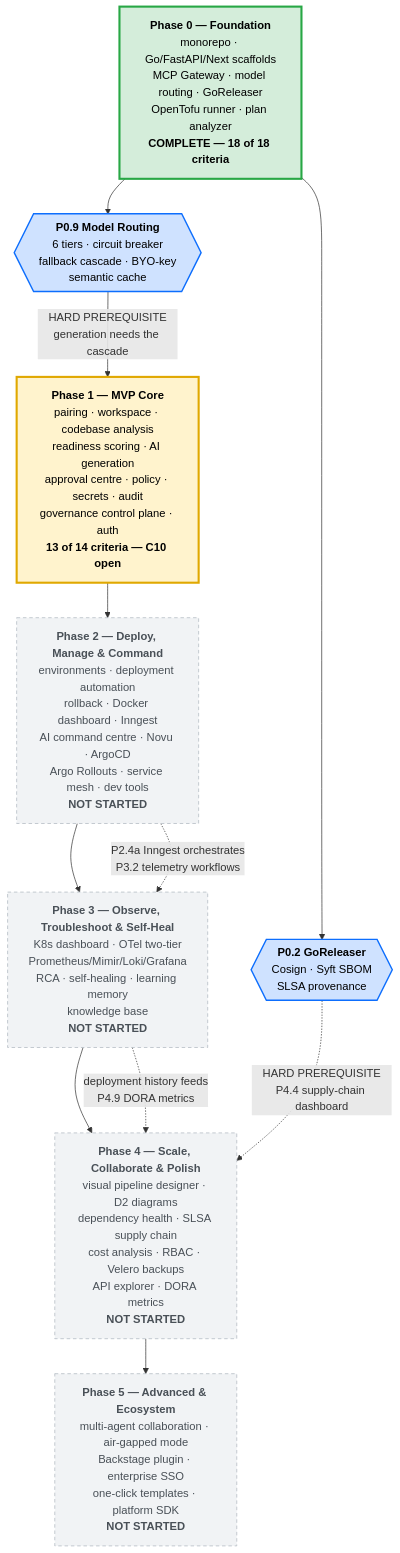
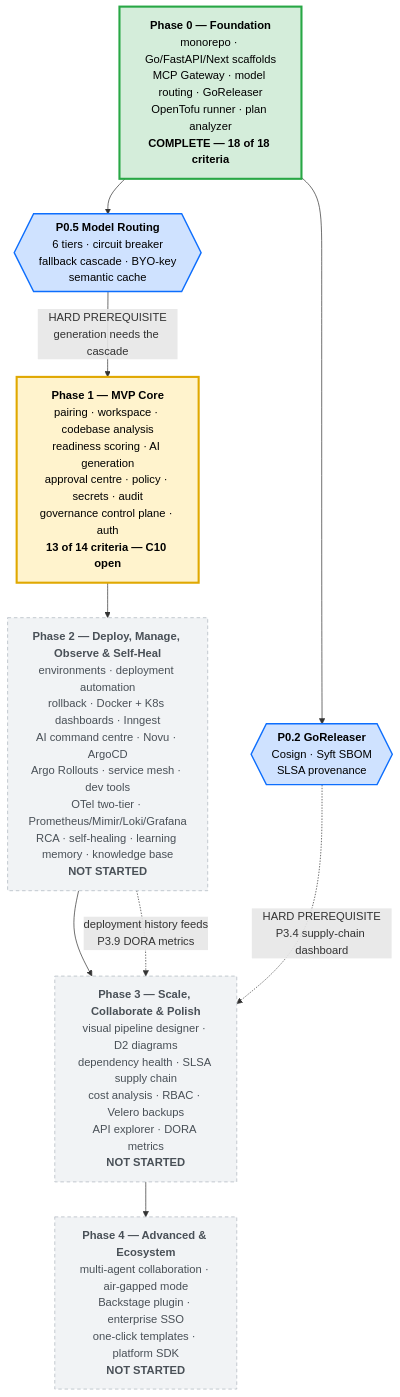
The second of 5 diagrams in docs/architecture-complete-platform.md (parag2-8487/forgeops), drawn with Mermaid before and after one commit. The commit also changed other lines of this file and 24 other files, not shown here.

````diff
--- a/docs/architecture-complete-platform.md
+++ b/docs/architecture-complete-platform.md
@@ -197,39 +197,35 @@
 ```mermaid
 graph TB
     P0["<b>Phase 0 — Foundation</b><br/>monorepo · Go/FastAPI/Next scaffolds<br/>MCP Gateway · model routing · GoReleaser<br/>OpenTofu runner · plan analyzer<br/><b>COMPLETE — 18 of 18 criteria</b>"]
 
-    P05{{"<b>P0.9 Model Routing</b><br/>6 tiers · circuit breaker<br/>fallback cascade · BYO-key<br/>semantic cache"}}
+    P05{{"<b>P0.5 Model Routing</b><br/>6 tiers · circuit breaker<br/>fallback cascade · BYO-key<br/>semantic cache"}}
 
     P1["<b>Phase 1 — MVP Core</b><br/>pairing · workspace · codebase analysis<br/>readiness scoring · AI generation<br/>approval centre · policy · secrets · audit<br/>governance control plane · auth<br/><b>13 of 14 criteria — C10 open</b>"]
 
-    P2["<b>Phase 2 — Deploy, Manage &amp; Command</b><br/>environments · deployment automation<br/>rollback · Docker dashboard · Inngest<br/>AI command centre · Novu · ArgoCD<br/>Argo Rollouts · service mesh · dev tools<br/><b>NOT STARTED</b>"]
+    P2["<b>Phase 2 — Deploy, Manage, Observe &amp; Self-Heal</b><br/>environments · deployment automation<br/>rollback · Docker + K8s dashboards · Inngest<br/>AI command centre · Novu · ArgoCD<br/>Argo Rollouts · service mesh · dev tools<br/>OTel two-tier · Prometheus/Mimir/Loki/Grafana<br/>RCA · self-healing · learning memory · knowledge base<br/><b>NOT STARTED</b>"]
 
-    P3["<b>Phase 3 — Observe, Troubleshoot &amp; Self-Heal</b><br/>K8s dashboard · OTel two-tier<br/>Prometheus/Mimir/Loki/Grafana<br/>RCA · self-healing · learning memory<br/>knowledge base<br/><b>NOT STARTED</b>"]
+    P3["<b>Phase 3 — Scale, Collaborate &amp; Polish</b><br/>visual pipeline designer · D2 diagrams<br/>dependency health · SLSA supply chain<br/>cost analysis · RBAC · Velero backups<br/>API explorer · DORA metrics<br/><b>NOT STARTED</b>"]
 
-    P4["<b>Phase 4 — Scale, Collaborate &amp; Polish</b><br/>visual pipeline designer · D2 diagrams<br/>dependency health · SLSA supply chain<br/>cost analysis · RBAC · Velero backups<br/>API explorer · DORA metrics<br/><b>NOT STARTED</b>"]
-
-    P5["<b>Phase 5 — Advanced &amp; Ecosystem</b><br/>multi-agent collaboration · air-gapped mode<br/>Backstage plugin · enterprise SSO<br/>one-click templates · platform SDK<br/><b>NOT STARTED</b>"]
+    P4["<b>Phase 4 — Advanced &amp; Ecosystem</b><br/>multi-agent collaboration · air-gapped mode<br/>Backstage plugin · enterprise SSO<br/>one-click templates · platform SDK<br/><b>NOT STARTED</b>"]
 
     GORE{{"<b>P0.2 GoReleaser</b><br/>Cosign · Syft SBOM<br/>SLSA provenance"}}
 
     P0 --> P05
     P05 -->|"HARD PREREQUISITE<br/>generation needs the cascade"| P1
     P0 --> GORE
     P1 --> P2
     P2 --> P3
     P3 --> P4
-    P4 --> P5
-    GORE -.->|"HARD PREREQUISITE<br/>P4.4 supply-chain dashboard"| P4
-    P2 -.->|"P2.4a Inngest orchestrates<br/>P3.2 telemetry workflows"| P3
-    P3 -.->|"deployment history feeds<br/>P4.9 DORA metrics"| P4
+    GORE -.->|"HARD PREREQUISITE<br/>P3.4 supply-chain dashboard"| P3
+    P2 -.->|"deployment history feeds<br/>P3.9 DORA metrics"| P3
 
     classDef done fill:#d4edda,stroke:#28a745,stroke-width:3px,color:#000
     classDef current fill:#fff3cd,stroke:#e0a800,stroke-width:3px,color:#000
     classDef todo fill:#f1f3f5,stroke:#adb5bd,stroke-width:1px,stroke-dasharray:5 4,color:#495057
     classDef gate fill:#cfe2ff,stroke:#0d6efd,stroke-width:2px,color:#000
 
     class P0 done
     class P1 current
-    class P2,P3,P4,P5 todo
+    class P2,P3,P4 todo
     class P05,GORE gate
 ```
````
